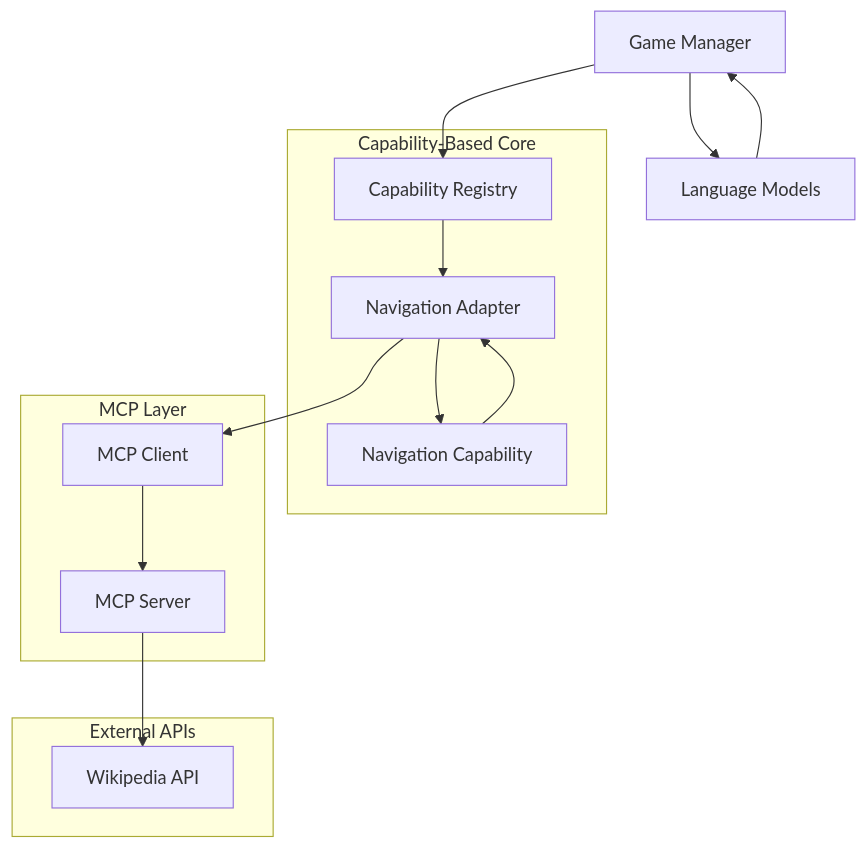
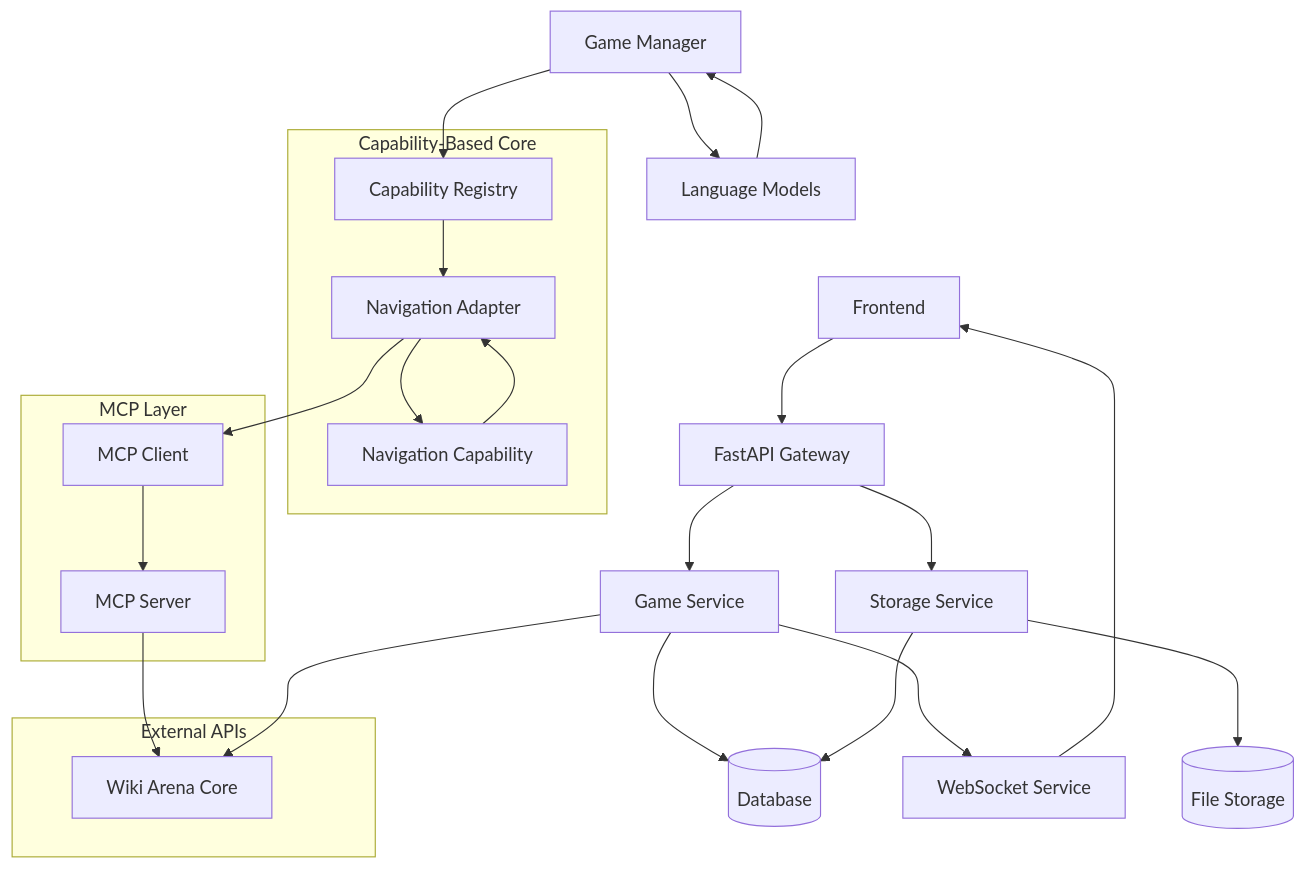
The first of 9 diagrams in ARCHITECTURE.md (wikiarena/wikiarena), drawn with Mermaid before and after one commit. The commit also changed 3 other files, not shown here.

First line of the commit message:
docs: Add comprehensive startup guide and architecture documentation

````diff
--- a/ARCHITECTURE.md
+++ b/ARCHITECTURE.md
@@ -5,30 +5,41 @@
 ```mermaid
 graph TD
     GM[Game Manager] --> CR[Capability Registry]
     CR --> NA[Navigation Adapter] 
     NA --> MC[MCP Client]
     MC --> MS[MCP Server]
     
     GM --> LM[Language Models]
     LM --> GM
     
     NA --> NC[Navigation Capability]
     NC --> NA
     
     MS --> WA[Wikipedia API]
     
     subgraph "Capability-Based Core"
         CR
         NA
         NC
     end
     
     subgraph "MCP Layer"
         MC
         MS
     end
     
     subgraph "External APIs"
         WA
     end
+
+    FE[Frontend] --> API[FastAPI Gateway]
+    API --> GS[Game Service]
+    GS --> WA[Wiki Arena Core]
+    GS --> DB[(Database)]
+    GS --> WS[WebSocket Service]
+    WS --> FE
+    
+    API --> SS[Storage Service]
+    SS --> DB
+    SS --> FS[(File Storage)]
 ```
````
